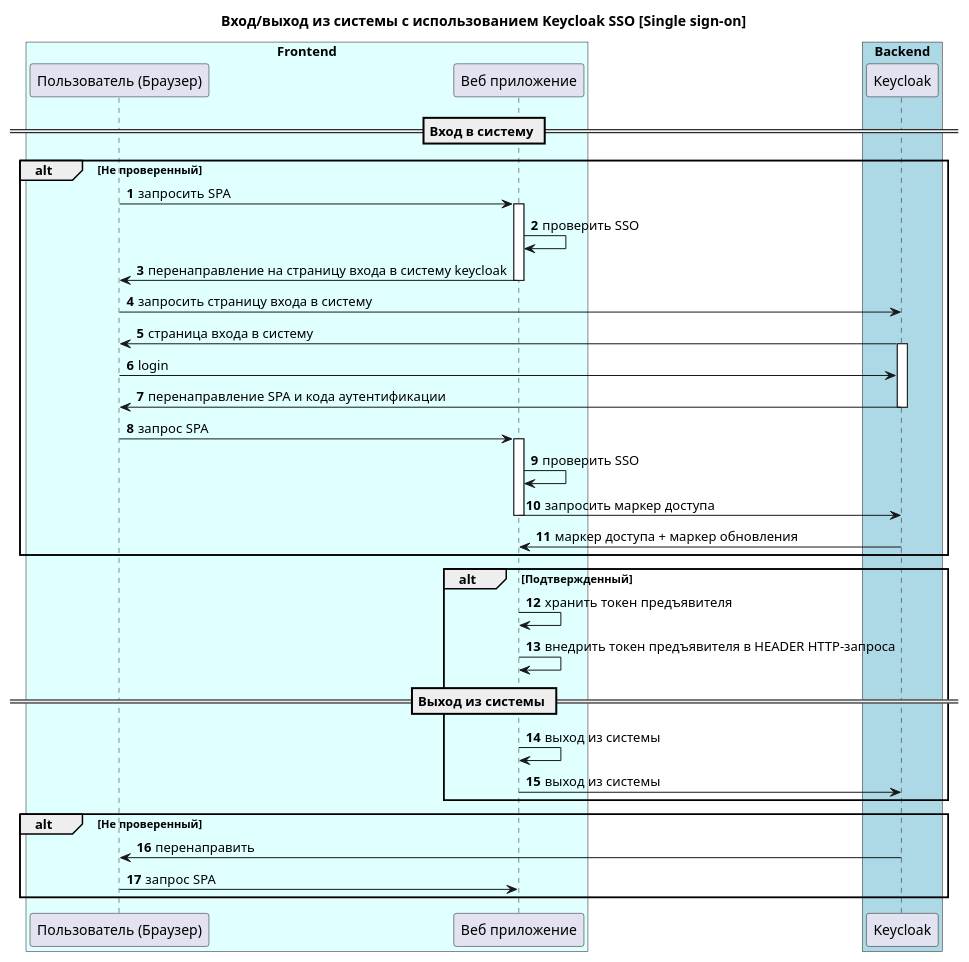
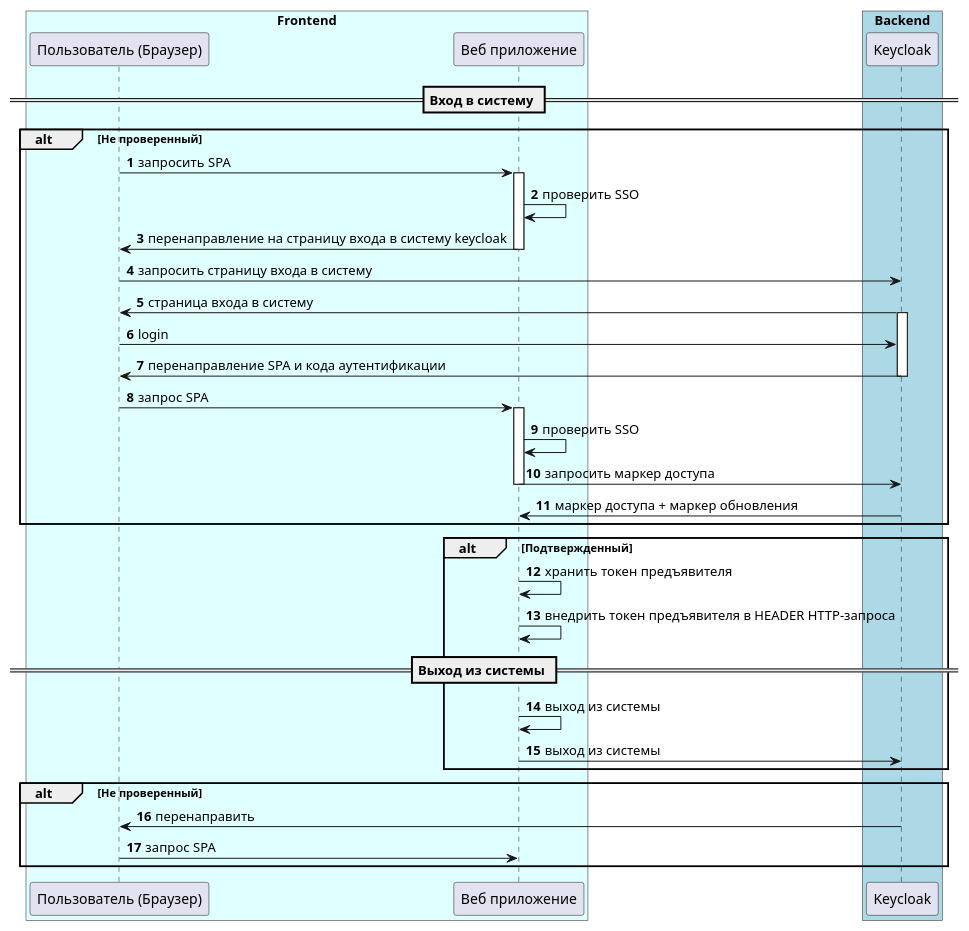
Before and after one commit to theotheo46/gb: the diagram in keyclock.puml, drawn with PlantUML. The commit also changed 3 other files, not shown here.

```diff
--- a/keyclock.puml
+++ b/keyclock.puml
@@ -1,46 +1,46 @@
 @startuml
 autonumber
-title Вход/выход из системы с использованием Keycloak SSO [Single sign-on]
+'title Вход/выход из системы с использованием Keycloak SSO [Single sign-on]
 
 box "Frontend" #LightCyan
 	participant "Пользователь (Браузер)" as Browser
 	participant "Веб приложение" as WebApplication
 end box
 box "Backend" #LightBlue
 	participant Keycloak
 end box
 == Вход в систему ==
 alt Не проверенный
     Browser -> WebApplication : запросить SPA
     activate WebApplication
     WebApplication -> WebApplication : проверить SSO
     WebApplication -> Browser : перенаправление на страницу входа в систему keycloak
     deactivate WebApplication
 
     Browser -> Keycloak : запросить страницу входа в систему
     Keycloak -> Browser  : страница входа в систему
     activate Keycloak
     Browser -> Keycloak : login
     Keycloak -> Browser: перенаправление SPA и кода аутентификации
     deactivate Keycloak
     Browser -> WebApplication : запрос SPA
     activate WebApplication
     WebApplication -> WebApplication : проверить SSO
     WebApplication -> Keycloak : запросить маркер доступа
     deactivate WebApplication
     Keycloak -> WebApplication: маркер доступа + маркер обновления
 end
 alt Подтвержденный
     activate WebApplication
     WebApplication -> WebApplication : хранить токен предъявителя
     WebApplication -> WebApplication : внедрить токен предъявителя в HEADER HTTP-запроса
     == Выход из системы ==
     WebApplication -> WebApplication : выход из системы
     WebApplication -> Keycloak: выход из системы
     deactivate WebApplication
 end
 alt Не проверенный
     Keycloak -> Browser : перенаправить
     Browser -> WebApplication : запрос SPA
 end
 @enduml
```
